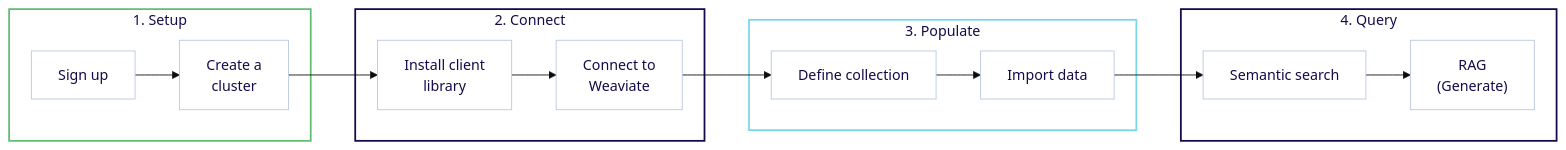
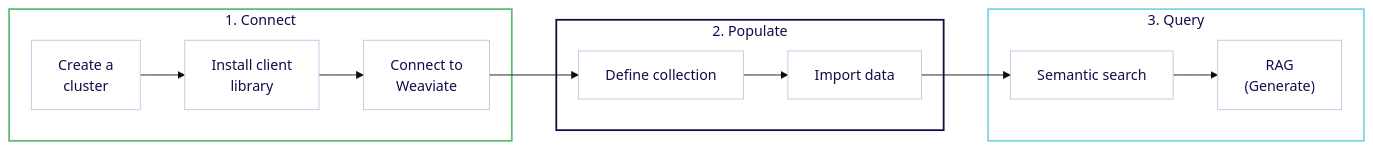
The first of 3 diagrams in developers/wcs/quickstart.mdx (weaviate/weaviate-io), drawn with Mermaid (base theme) before and after one commit. The commit also changed other lines of this file and 7 other files, not shown here.

````diff
--- a/developers/wcs/quickstart.mdx
+++ b/developers/wcs/quickstart.mdx
@@ -23,48 +24,42 @@
 ```mermaid
 flowchart LR
     %% Define nodes with white backgrounds and darker borders
-    A1["Sign up"] --> A2["Create a\ncluster"]
-    A2 --> B1["Install client\nlibrary"]
-    B1 --> B2["Connect to\nWeaviate"]
-    B2 --> C1["Define collection"]
-    C1 --> C2["Import data"]
-    C2 --> D1["Semantic search"]
-    D1 --> D2["RAG\n(Generate)"]
+    A1["Create a\ncluster"] --> A2["Install client\nlibrary"]
+    A2 --> A3["Connect to\nWeaviate"]
+    A3 --> B1["Define collection"]
+    B1 --> B2["Import data"]
+    B2 --> C1["Semantic search"]
+    C1 --> C2["RAG\n(Generate)"]
 
     %% Group nodes in subgraphs with brand colors
-    subgraph sg1 ["1. Setup"]
+
+    subgraph sg1 ["1. Connect"]
         A1
         A2
+        A3
     end
 
-    subgraph sg2 ["2. Connect"]
+    subgraph sg2 ["2. Populate"]
         B1
         B2
     end
 
-    subgraph sg3 ["3. Populate"]
+    subgraph sg3 ["3. Query"]
         C1
         C2
-    end
-
-    subgraph sg4 ["4. Query"]
-        D1
-        D2
     end
 
     %% Style nodes with white background and darker borders
     style A1 fill:#ffffff,stroke:#B9C8DF,color:#130C49
     style A2 fill:#ffffff,stroke:#B9C8DF,color:#130C49
+    style A3 fill:#ffffff,stroke:#B9C8DF,color:#130C49
     style B1 fill:#ffffff,stroke:#B9C8DF,color:#130C49
     style B2 fill:#ffffff,stroke:#B9C8DF,color:#130C49
     style C1 fill:#ffffff,stroke:#B9C8DF,color:#130C49
     style C2 fill:#ffffff,stroke:#B9C8DF,color:#130C49
-    style D1 fill:#ffffff,stroke:#B9C8DF,color:#130C49
-    style D2 fill:#ffffff,stroke:#B9C8DF,color:#130C49
 
     %% Style subgraphs with brand colors
     style sg1 fill:#ffffff,stroke:#61BD73,stroke-width:2px,color:#130C49
     style sg2 fill:#ffffff,stroke:#130C49,stroke-width:2px,color:#130C49
     style sg3 fill:#ffffff,stroke:#7AD6EB,stroke-width:2px,color:#130C49
-    style sg4 fill:#ffffff,stroke:#130C49,stroke-width:2px,color:#130C49
 ```
````
